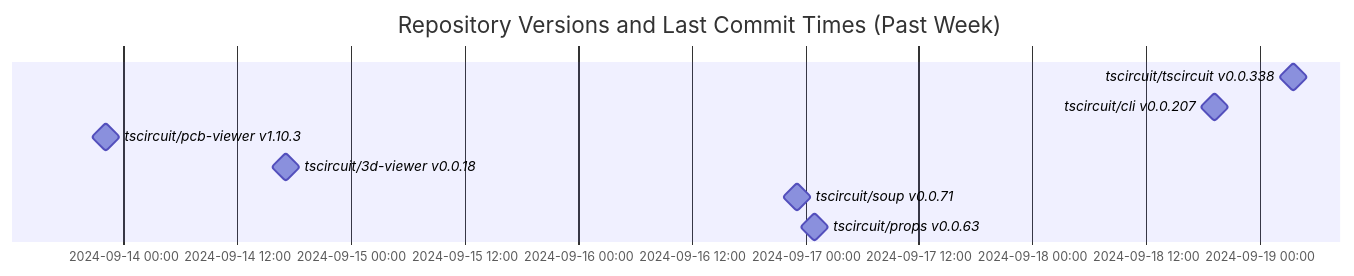
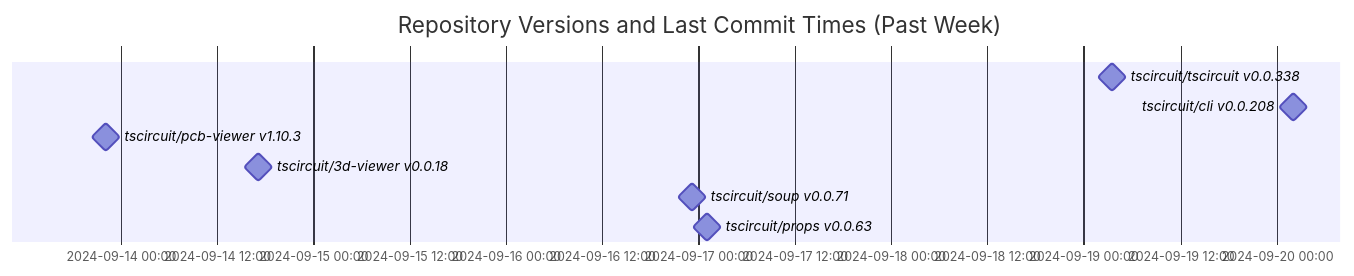
The diagram in README.md (tscircuit/version-tracker), drawn with Mermaid before and after one commit.

Commit message:
Update chart

````diff
--- a/README.md
+++ b/README.md
@@ -1,13 +1,13 @@
 ```mermaid
 gantt
   dateFormat  YYYY-MM-DD HH:mm:ss
   title Repository Versions and Last Commit Times (Past Week)
   axisFormat %Y-%m-%d %H:%M
 
   tscircuit/tscircuit v0.0.338 : milestone, 2024-09-19 03:33:35, 1s
-  tscircuit/cli v0.0.207 : milestone, 2024-09-18 19:15:13, 1s
+  tscircuit/cli v0.0.208 : milestone, 2024-09-20 02:05:42, 1s
   tscircuit/pcb-viewer v1.10.3 : milestone, 2024-09-13 22:06:50, 1s
   tscircuit/3d-viewer v0.0.18 : milestone, 2024-09-14 17:06:37, 1s
   tscircuit/soup v0.0.71 : milestone, 2024-09-16 23:07:32, 1s
   tscircuit/props v0.0.63 : milestone, 2024-09-17 00:58:09, 1s
 ```
````
